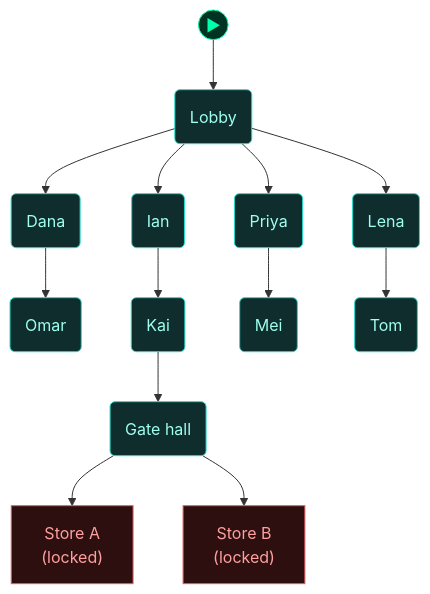
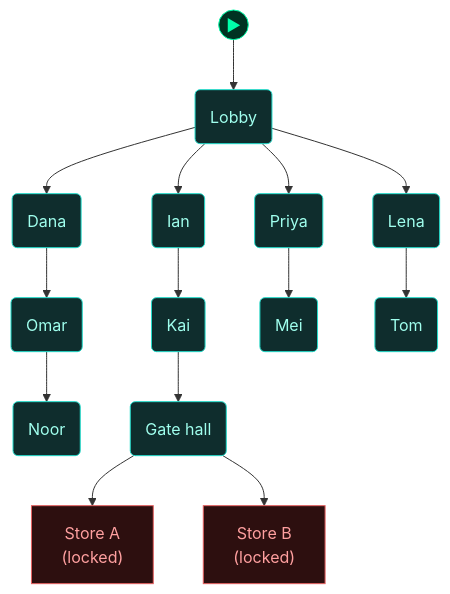
Before and after one commit to cliffe/BreakEscape: the fourth of 5 diagrams in scenarios/test_access_habits/dungeon_graph.md, drawn with Mermaid. The commit also changed other lines of this file and 5 other files, not shown here.

````diff
--- a/scenarios/test_access_habits/dungeon_graph.md
+++ b/scenarios/test_access_habits/dungeon_graph.md
@@ -435,50 +481,52 @@
 ```mermaid
 flowchart TD
 
   classDef room      fill:#0f2d2d,stroke:#22ddcc,color:#a0ffee
   classDef lock      fill:#2d0f0f,stroke:#e66060,color:#ffa0a0
   classDef key       fill:#2d0812,stroke:#e66060,color:#ffa0a0
   classDef item      fill:#2d1200,stroke:#e89030,color:#ffcc80
   classDef gate      fill:#111,stroke:#666,color:#eee
   classDef vm        fill:#0c1f40,stroke:#4a90d9,color:#a0c8ff
   classDef flag      fill:#1a0c2d,stroke:#9060d0,color:#cc99ff
   classDef action    fill:#1a1200,stroke:#cc9922,color:#ffee88
   classDef aim       fill:#0d2a0d,stroke:#44cc44,color:#88ff88
   classDef aim_gate  fill:#111111,stroke:#44cc44,color:#44cc44
   classDef container fill:#1a2d1a,stroke:#60b060,color:#a0e0a0
   classDef npc       fill:#2d1f0d,stroke:#d0a050,color:#ffe0a0
   classDef critical  fill:#2a1500,stroke:#ffaa00,color:#ffdd88
   classDef start     fill:#003322,stroke:#00ffaa,color:#00ffaa
 
   node_start(("▶"))
   node_start --> lobby
 
   lobby("Lobby")
   dana_room("Dana")
   ian_room("Ian")
   omar_room("Omar")
+  noor_room("Noor")
   priya_room("Priya")
   kai_room("Kai")
   mei_room("Mei")
   lena_room("Lena")
   tom_room("Tom")
   gate_hall("Gate hall")
   store_a["Store A<br/>(locked)"]
   store_b["Store B<br/>(locked)"]
 
   lobby --> dana_room
   lobby --> ian_room
   lobby --> priya_room
   lobby --> lena_room
   dana_room --> omar_room
   ian_room --> kai_room
+  omar_room --> noor_room
   priya_room --> mei_room
   kai_room --> gate_hall
   lena_room --> tom_room
   gate_hall --> store_a
   gate_hall --> store_b
 
-  class lobby,dana_room,ian_room,omar_room,priya_room,kai_room,mei_room,lena_room,tom_room,gate_hall room
+  class lobby,dana_room,ian_room,omar_room,noor_room,priya_room,kai_room,mei_room,lena_room,tom_room,gate_hall room
   class store_a,store_b lock
   class node_start start
 ```
````
